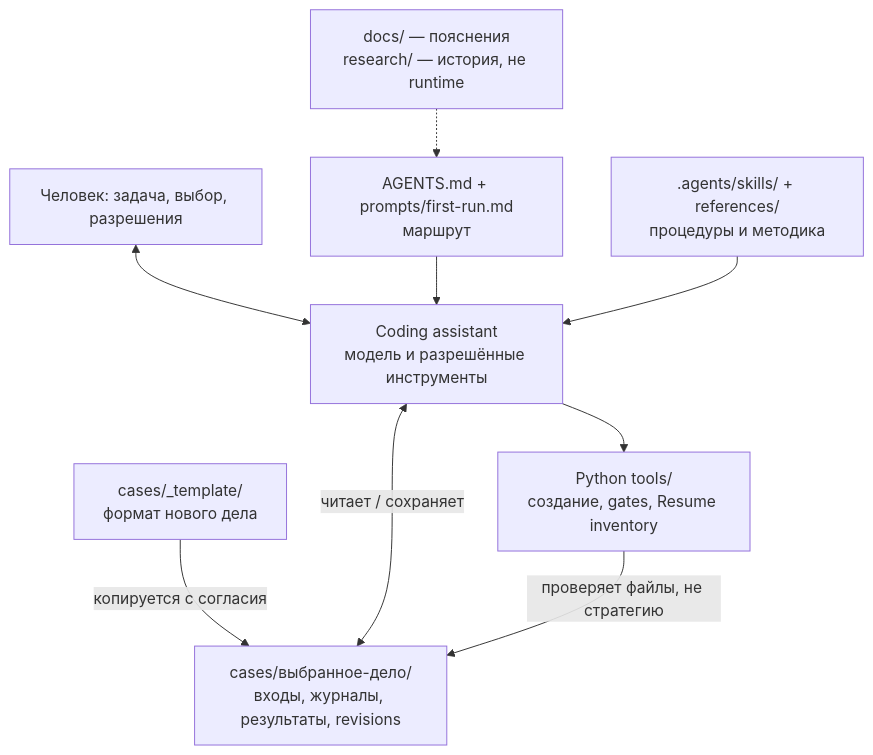
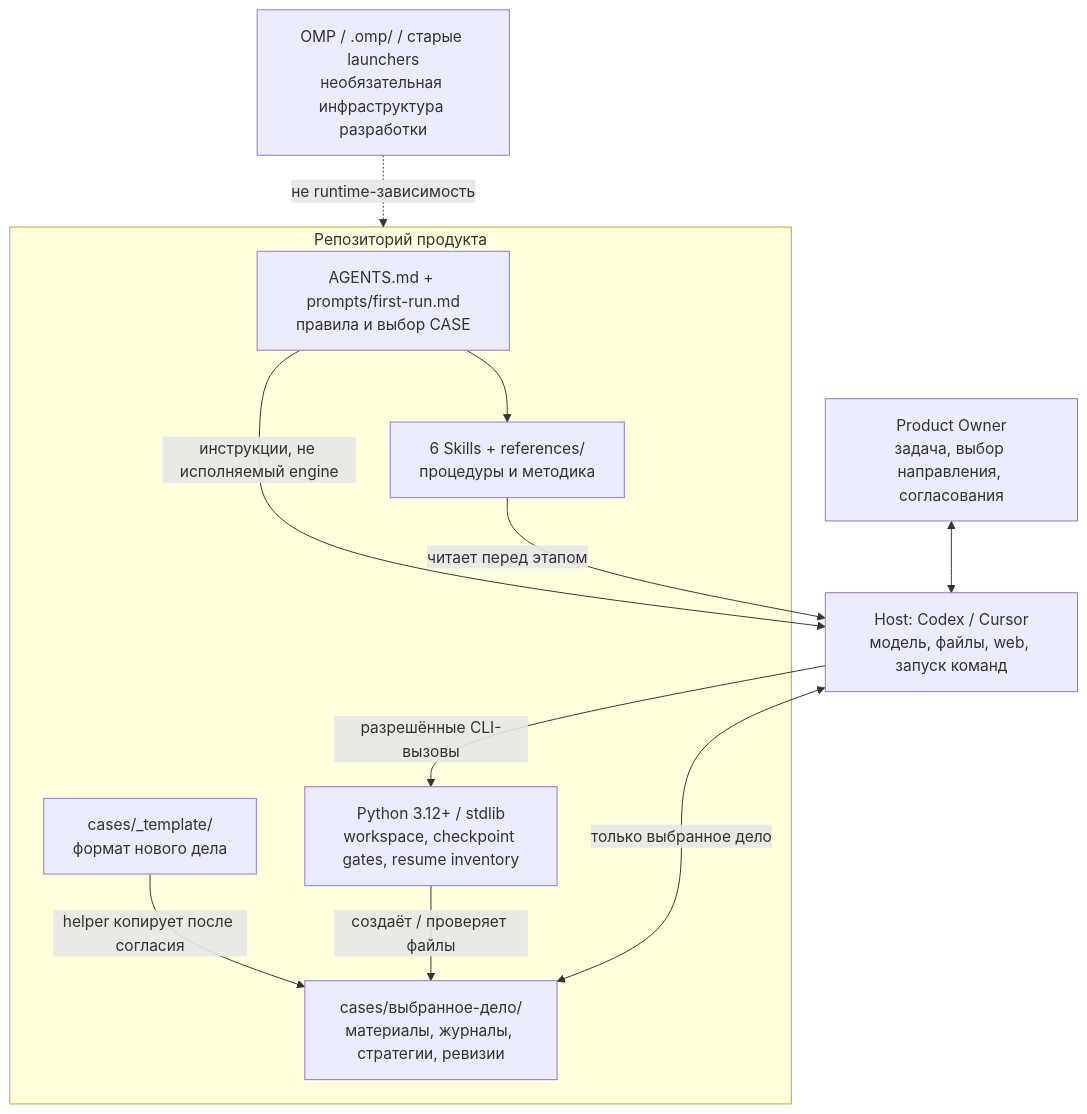
The first of 2 diagrams in docs/architecture.md (EdYaRdx/megafon_hack), drawn with Mermaid before and after one commit. The commit also changed other lines of this file and 24 other files, not shown here.

First line of the commit message:
docs: finalize product presentation and real video case narrative

````diff
--- a/docs/architecture.md
+++ b/docs/architecture.md
@@ -11,11 +13,19 @@
 ```mermaid
 flowchart TB
-  P["Человек: задача, выбор, разрешения"] <--> H["Coding assistant<br/>модель и разрешённые инструменты"]
-  G["AGENTS.md + prompts/first-run.md<br/>маршрут"] --> H
-  S[".agents/skills/ + references/<br/>процедуры и методика"] --> H
-  T["cases/_template/<br/>формат нового дела"] -->|"копируется с согласия"| C["cases/выбранное-дело/<br/>входы, журналы, результаты, revisions"]
-  H <-->|"читает / сохраняет"| C
-  H --> V["Python tools/<br/>создание, gates, Resume inventory"]
-  V -->|"проверяет файлы, не стратегию"| C
-  D["docs/ — пояснения<br/>research/ — история, не runtime"] -.-> G
+  PO["Product Owner<br/>задача, выбор направления, согласования"] <--> H["Host: Codex / Cursor<br/>модель, файлы, web, запуск команд"]
+  subgraph REPO["Репозиторий продукта"]
+    I["AGENTS.md + prompts/first-run.md<br/>правила и выбор CASE"]
+    S["6 Skills + references/<br/>процедуры и методика"]
+    T["cases/_template/<br/>формат нового дела"]
+    C["cases/выбранное-дело/<br/>материалы, журналы, стратегии, ревизии"]
+    PY["Python 3.12+ / stdlib<br/>workspace, checkpoint gates, resume inventory"]
+    I --> S
+    T -->|"helper копирует после согласия"| C
+    PY -->|"создаёт / проверяет файлы"| C
+  end
+  I -->|"инструкции, не исполняемый engine"| H
+  S -->|"читает перед этапом"| H
+  H <-->|"только выбранное дело"| C
+  H -->|"разрешённые CLI-вызовы"| PY
+  DEV["OMP / .omp/ / старые launchers<br/>необязательная инфраструктура разработки"] -.->|"не runtime-зависимость"| REPO
 ```
````
